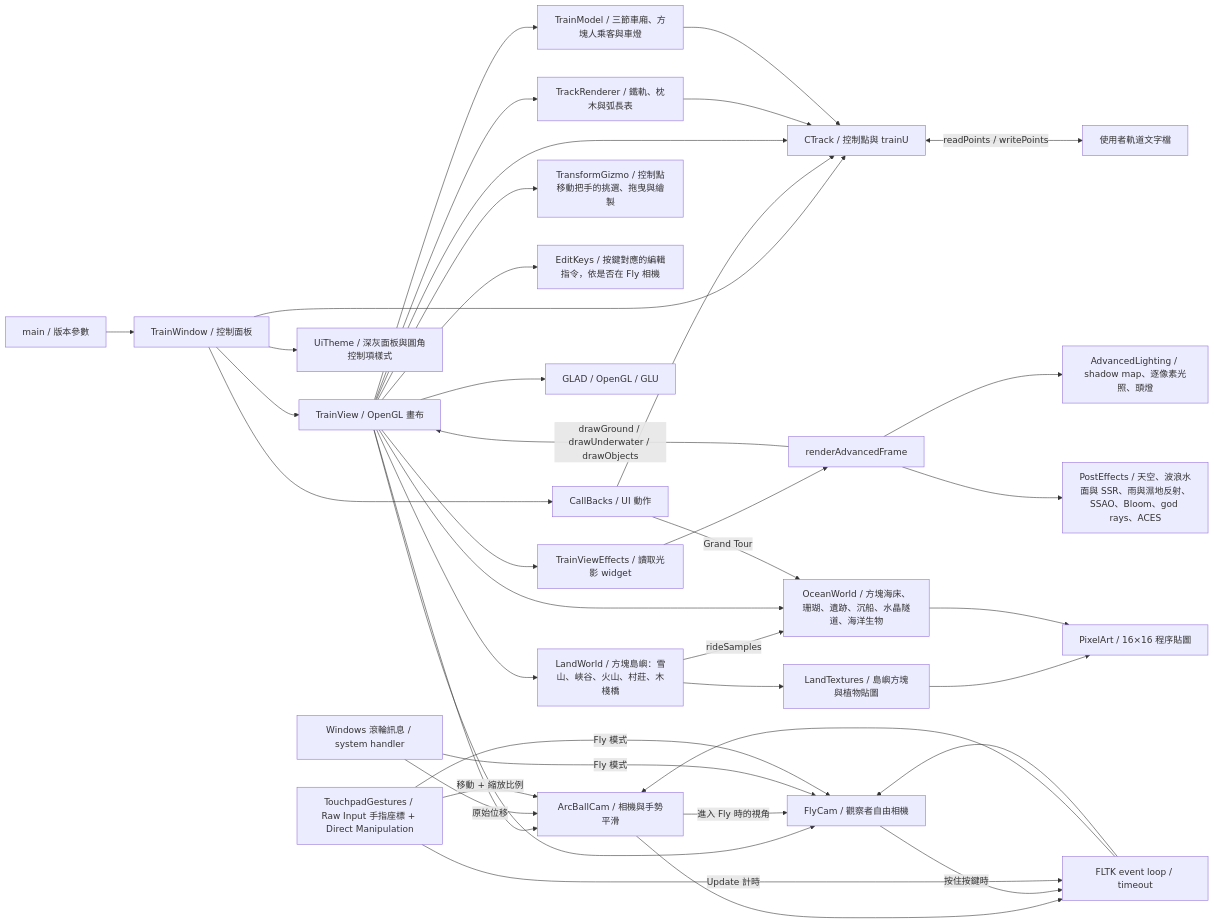
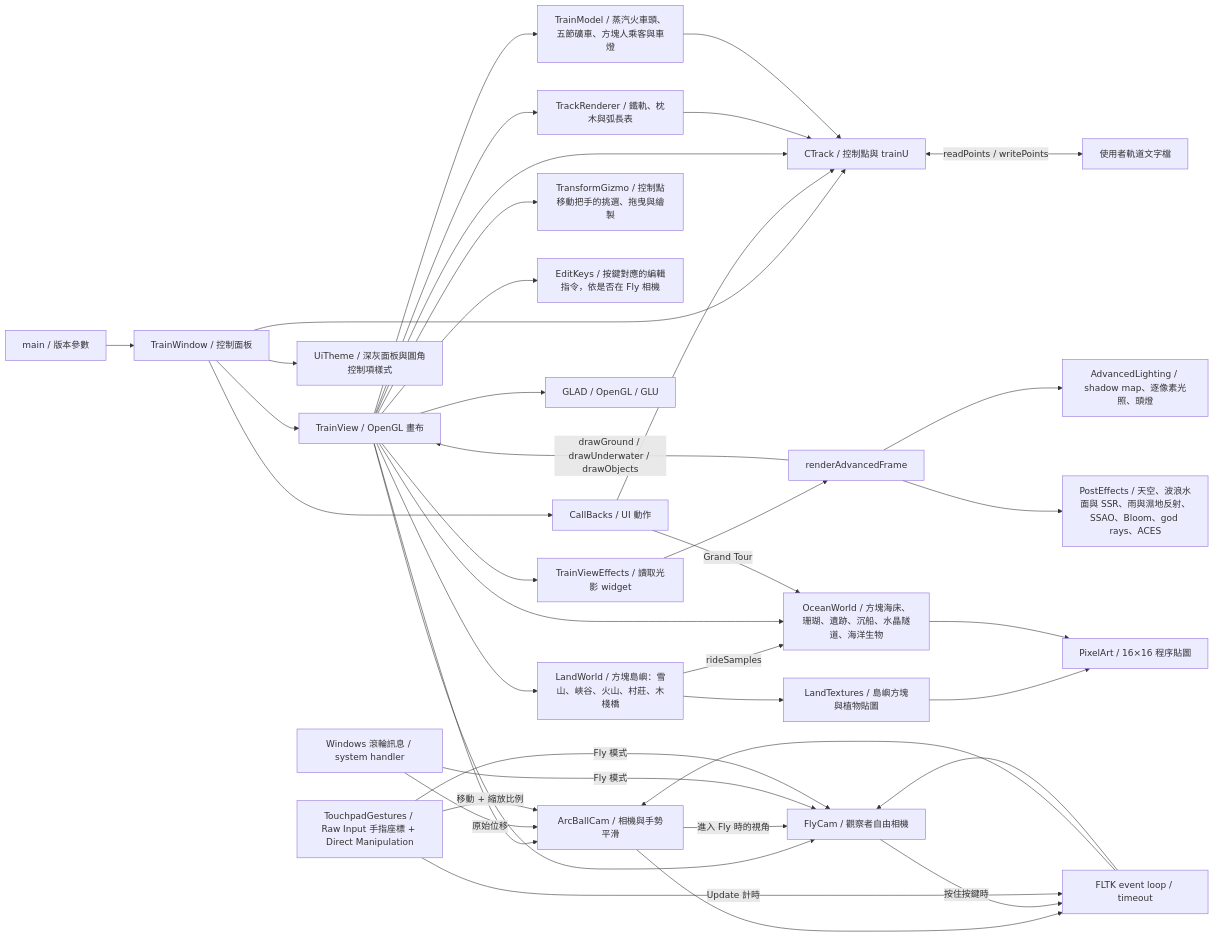
The diagram in docs/architecture.md (wj6wj6/RollerCoasters), drawn with Mermaid before and after one commit. The commit also changed other lines of this file and 6 other files, not shown here.

````diff
--- a/docs/architecture.md
+++ b/docs/architecture.md
@@ -3,42 +3,42 @@
 ```mermaid
 flowchart LR
     Main[main / 版本參數] --> Window[TrainWindow / 控制面板]
     Window --> View[TrainView / OpenGL 畫布]
     Window --> Track[CTrack / 控制點與 trainU]
     Window --> Theme[UiTheme / 深灰面板與圓角控制項樣式]
     Window --> Callbacks[CallBacks / UI 動作]
     Callbacks --> Track
     View --> Track
     View --> Rails[TrackRenderer / 鐵軌、枕木與弧長表]
     Rails --> Track
-    View --> Train[TrainModel / 三節車廂、方塊人乘客與車燈]
+    View --> Train[TrainModel / 蒸汽火車頭、五節礦車、方塊人乘客與車燈]
     Train --> Track
     View --> Gizmo[TransformGizmo / 控制點移動把手的挑選、拖曳與繪製]
     View --> Keys[EditKeys / 按鍵對應的編輯指令，依是否在 Fly 相機]
     View --> Camera[ArcBallCam / 相機與手勢平滑]
     View --> Fly[FlyCam / 觀察者自由相機]
     Camera -->|進入 Fly 時的視角| Fly
     Camera --> Timer[FLTK event loop / timeout]
     Timer --> Camera
     Fly -->|按住按鍵時| Timer
     Timer --> Fly
     Wheel[Windows 滾輪訊息 / system handler] -->|原始位移| Camera
     Wheel -->|Fly 模式| Fly
     Touchpad[TouchpadGestures / Raw Input 手指座標 + Direct Manipulation] -->|移動 + 縮放比例| Camera
     Touchpad -->|Fly 模式| Fly
     Touchpad -->|Update 計時| Timer
     Track <-->|readPoints / writePoints| File[使用者軌道文字檔]
     View --> GL[GLAD / OpenGL / GLU]
     View --> Effects[TrainViewEffects / 讀取光影 widget]
     Effects --> Frame[renderAdvancedFrame]
     Frame --> Lighting[AdvancedLighting / shadow map、逐像素光照、頭燈]
     Frame --> Post[PostEffects / 天空、波浪水面與 SSR、雨與濕地反射、SSAO、Bloom、god rays、ACES]
     Frame -->|drawGround / drawUnderwater / drawObjects| View
     View --> Land[LandWorld / 方塊島嶼：雪山、峽谷、火山、村莊、木棧橋]
     Land --> LandTex[LandTextures / 島嶼方塊與植物貼圖]
     Land -->|rideSamples| Ocean
     View --> Ocean[OceanWorld / 方塊海床、珊瑚、遺跡、沉船、水晶隧道、海洋生物]
     LandTex --> Pixel[PixelArt / 16×16 程序貼圖]
     Ocean --> Pixel
     Callbacks -->|Grand Tour| Ocean
 ```
````
